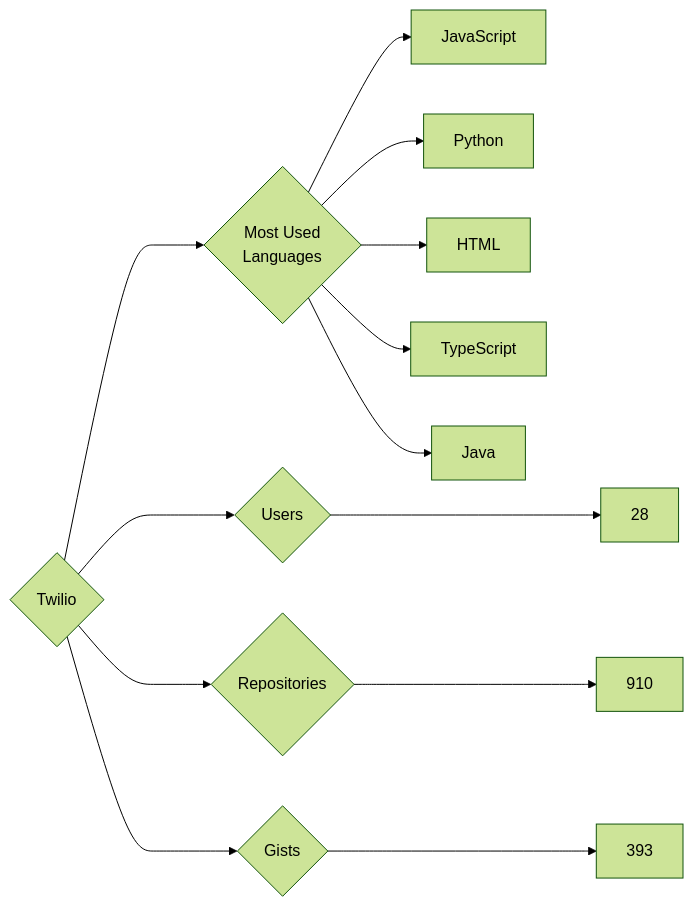
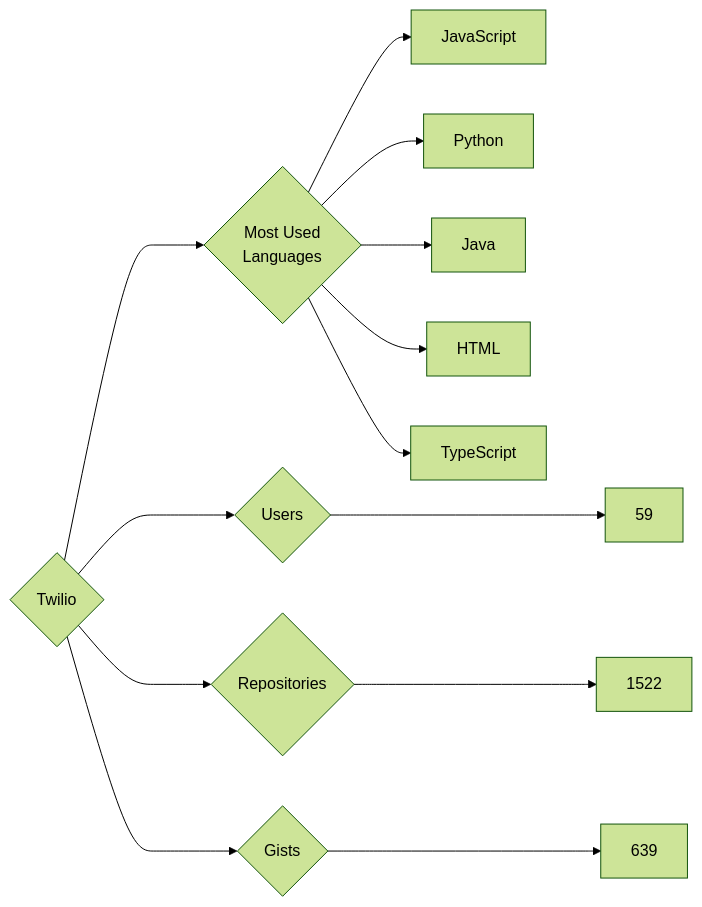
Before and after one commit to trickest/insiders: the diagram in targets/Twilio/README.md, drawn with Mermaid (forest theme). The commit also changed 839 other files, not shown here.

````diff
--- a/targets/Twilio/README.md
+++ b/targets/Twilio/README.md
@@ -3,13 +3,13 @@
 ```mermaid
 graph LR
 COMPANY_NAME{Twilio}
-COMPANY_NAME ---> U{Users} ---> UN[28]
-COMPANY_NAME ---> R{Repositories} ---> RN[910]
-COMPANY_NAME ---> G{Gists} ---> GN[393]
+COMPANY_NAME ---> U{Users} ---> UN[59]
+COMPANY_NAME ---> R{Repositories} ---> RN[1522]
+COMPANY_NAME ---> G{Gists} ---> GN[639]
 COMPANY_NAME ---> ML{Most Used<br>Languages}
 ML --> JavaScript[JavaScript]
 ML --> Python[Python]
+ML --> Java[Java]
 ML --> HTML[HTML]
 ML --> TypeScript[TypeScript]
-ML --> Java[Java]
 ```
````
